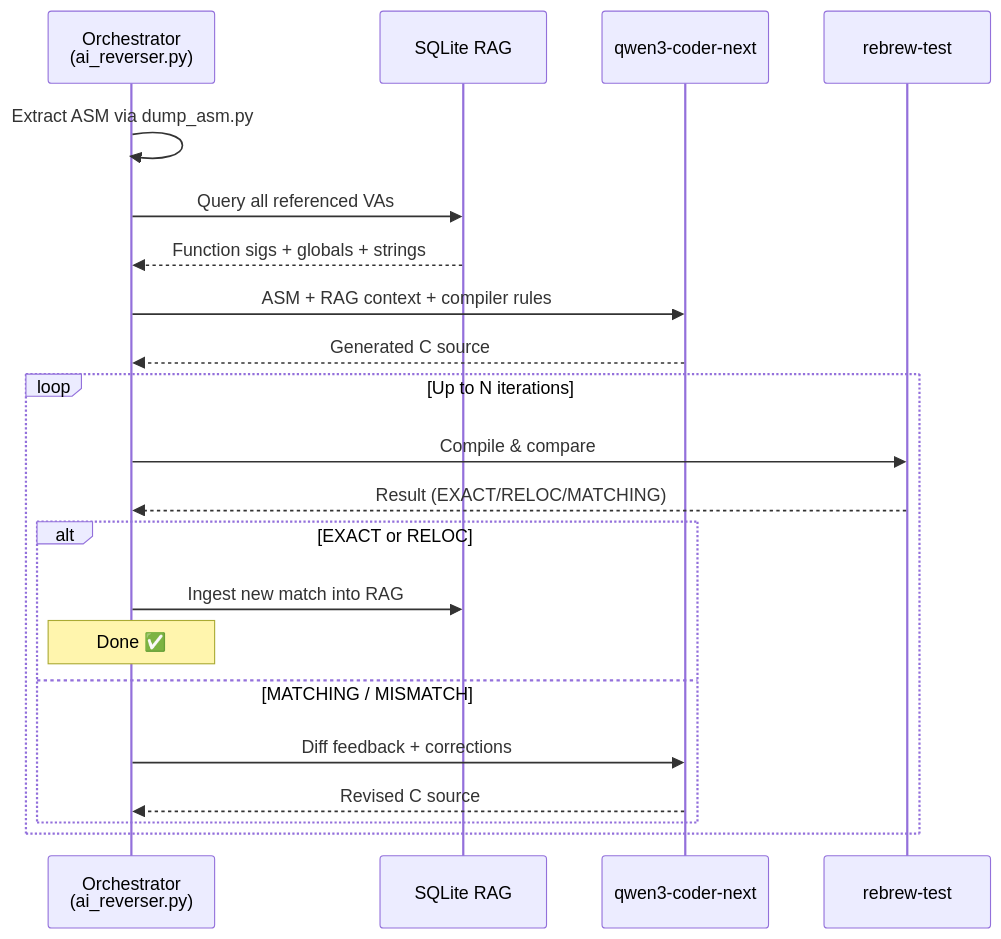
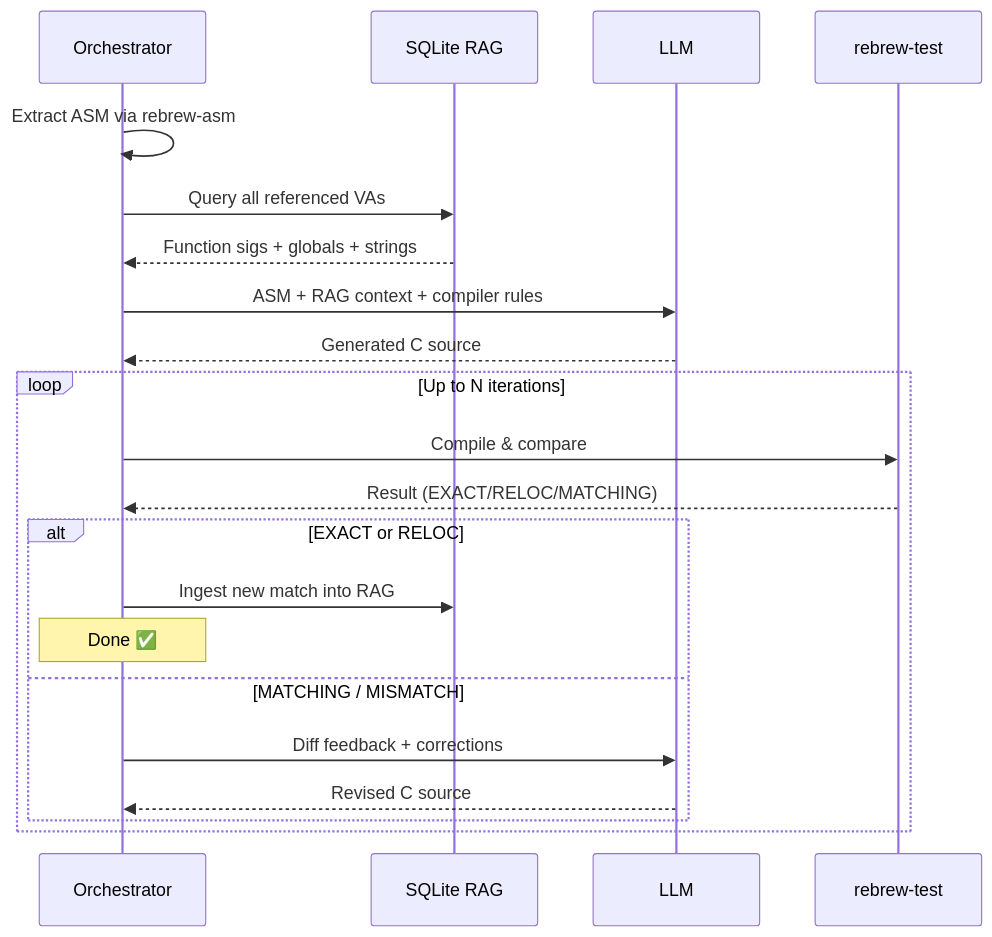
One commit to maci0/rebrew changed the sixth of 16 diagrams in docs/USER_STORIES.md. Above: the diagram before and after it, drawn with Mermaid. The commit also changed other lines of this file and 10 other files, not shown here.

````diff
--- a/docs/USER_STORIES.md
+++ b/docs/USER_STORIES.md
@@ -172,25 +184,25 @@
 ```mermaid
 sequenceDiagram
-    participant O as Orchestrator<br/>(ai_reverser.py)
+    participant O as Orchestrator
     participant DB as SQLite RAG
-    participant LLM as qwen3-coder-next
+    participant LLM as LLM
     participant T as rebrew-test
 
-    O->>O: Extract ASM via dump_asm.py
+    O->>O: Extract ASM via rebrew-asm
     O->>DB: Query all referenced VAs
     DB-->>O: Function sigs + globals + strings
     O->>LLM: ASM + RAG context + compiler rules
     LLM-->>O: Generated C source
 
     loop Up to N iterations
         O->>T: Compile & compare
         T-->>O: Result (EXACT/RELOC/MATCHING)
         alt EXACT or RELOC
             O->>DB: Ingest new match into RAG
             Note over O: Done ✅
         else MATCHING / MISMATCH
             O->>LLM: Diff feedback + corrections
             LLM-->>O: Revised C source
         end
     end
 ```
````
